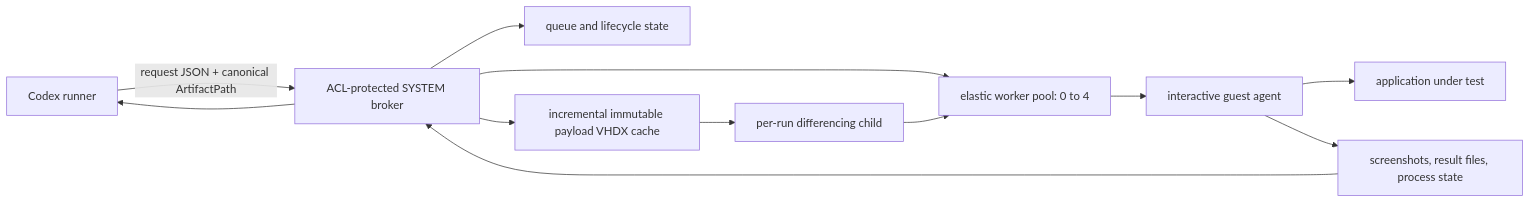
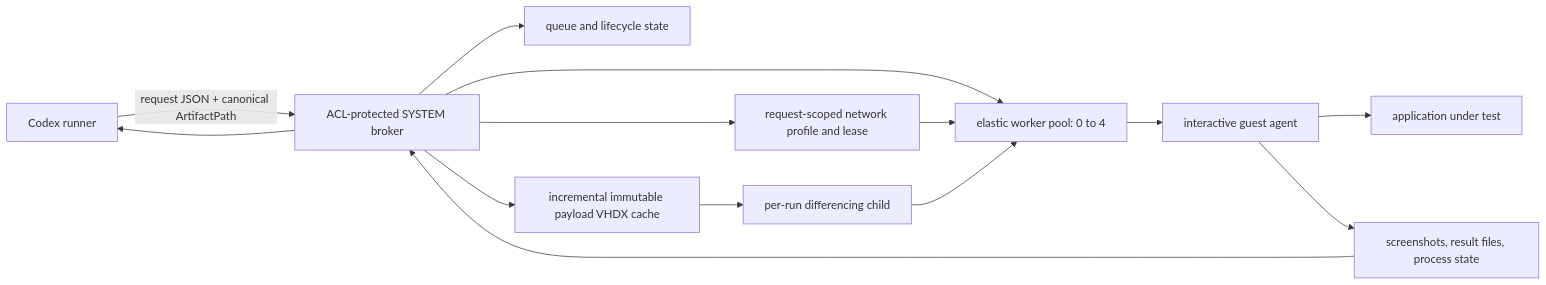
Before and after one commit to patriceac/codex-hyperv-test-harness: the diagram in docs/architecture.md, drawn with Mermaid. The commit also changed other lines of this file and 25 other files, not shown here.

````diff
--- a/docs/architecture.md
+++ b/docs/architecture.md
@@ -3,14 +3,16 @@
 ```mermaid
 flowchart LR
     C["Codex runner"] -->|"request JSON + canonical ArtifactPath"| B["ACL-protected SYSTEM broker"]
     B --> Q["queue and lifecycle state"]
     B --> P["incremental immutable payload VHDX cache"]
+    B --> N["request-scoped network profile and lease"]
     P --> D["per-run differencing child"]
     B --> W["elastic worker pool: 0 to 4"]
+    N --> W
     D --> W
     W --> G["interactive guest agent"]
     G --> A["application under test"]
     G --> E["screenshots, result files, process state"]
     E --> B
     B --> C
 ```
````
